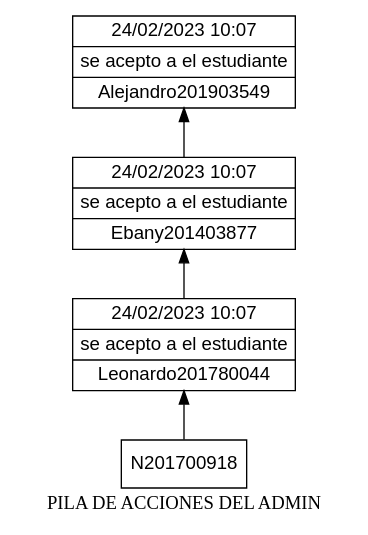
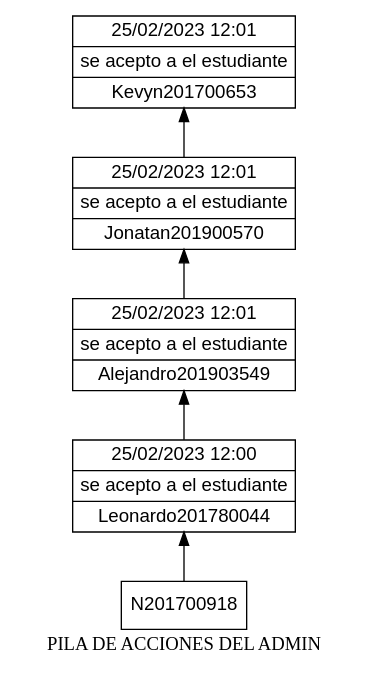
One commit to Nahomi-Aparicio/EDD_1S2023_PY_202113293_F1 changed the diagram in EDD_Proyecto1_Fase1/pila.dot. Above: the diagram before and after it, drawn with Graphviz. The commit also changed 15 other files, not shown here.

```diff
--- a/EDD_Proyecto1_Fase1/pila.dot
+++ b/EDD_Proyecto1_Fase1/pila.dot
@@ -1,12 +1,14 @@
 digraph G {
 rankdir=BT;
 node [shape=box];
 node [shape=record fontname=Arial]
 label = "PILA DE ACCIONES DEL ADMIN";
-N201903549[label="{24/02/2023      10:07     |se acepto a el estudiante|Alejandro201903549}"];
-N201403877->N201903549;
-N201403877[label="{24/02/2023      10:07     |se acepto a el estudiante|Ebany201403877}"];
-N201780044->N201403877;
-N201780044[label="{24/02/2023      10:07     |se acepto a el estudiante|Leonardo201780044}"];
+N201700653[label="{25/02/2023      12:01     |se acepto a el estudiante|Kevyn201700653}"];
+N201900570->N201700653;
+N201900570[label="{25/02/2023      12:01     |se acepto a el estudiante|Jonatan201900570}"];
+N201903549->N201900570;
+N201903549[label="{25/02/2023      12:01     |se acepto a el estudiante|Alejandro201903549}"];
+N201780044->N201903549;
+N201780044[label="{25/02/2023      12:00     |se acepto a el estudiante|Leonardo201780044}"];
 N201700918->N201780044;
 }
```
